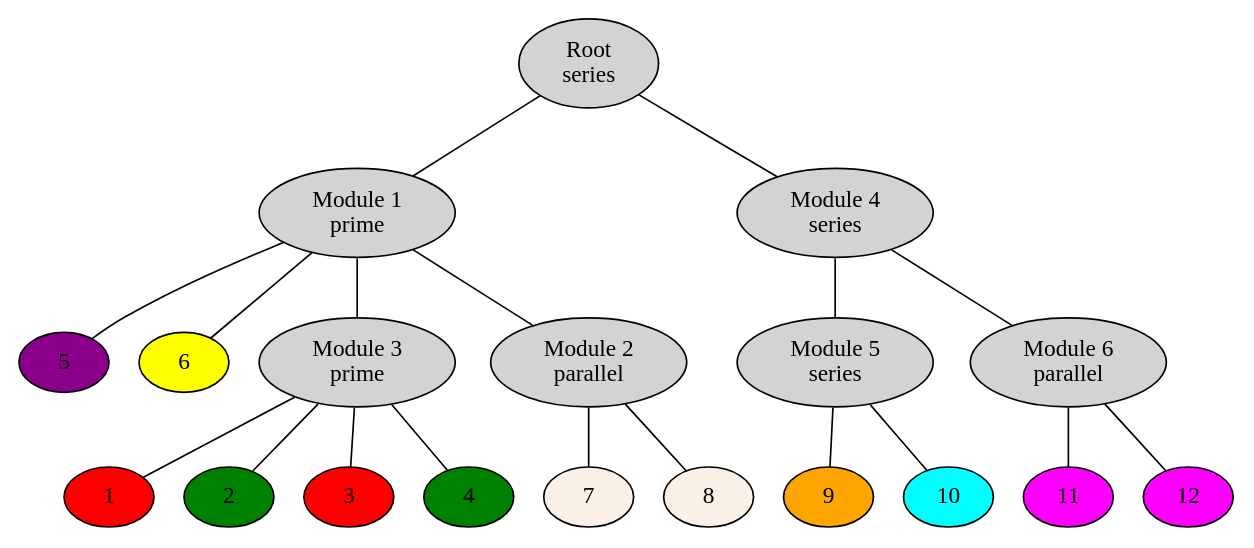
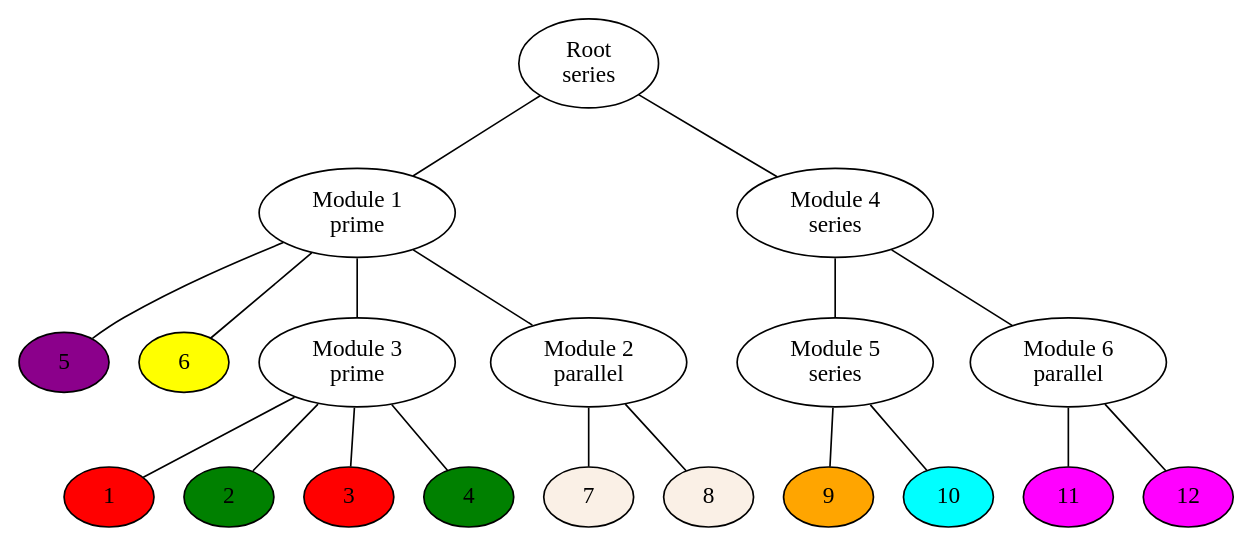
One commit to MrBoboGet/BachelorThesis changed the diagram in Paper/Strategies6.dot. Above: the diagram before and after it, drawn with Graphviz. The commit also changed 9 other files, not shown here.

```diff
--- a/Paper/Strategies6.dot
+++ b/Paper/Strategies6.dot
@@ -1,38 +1,39 @@
 graph
 {
     node [style="filled"]
+    node [fillcolor="white"]
     "Module 1" -- {5 6}
     "Module 1" -- {"Module 3" "Module 2"}
     "Module 2" -- {7 8}
     "Module 3" -- {1 2 3 4}
 
     "Root" -- "Module 1"
     "Root" -- "Module 4"
     "Module 4" -- {"Module 5" "Module 6"}
     "Module 5" -- {9 10}
     "Module 6" -- {11 12}
     {rank="source"; "Root"}
 
 
     "Module 1" [label="\N\nprime"]
     "Module 2" [label="\N\nparallel"]
     "Module 3" [label="\N\nprime"]
     "Module 4" [label="\N\nseries"]
     "Module 5" [label="\N\nseries"]
     "Module 6" [label="\N\nparallel"]
     "Root" [label="\N\nseries"]
 
 
     1 [fillcolor="red"]
     2 [fillcolor="green"]
     3 [fillcolor="red"]
     4 [fillcolor="green"]
     5 [fillcolor="darkmagenta"]
     6 [fillcolor="yellow"]
     7 [fillcolor="linen"]
     8 [fillcolor="linen"]
     9 [fillcolor="orange"]
     10 [fillcolor="cyan"]
     11 [fillcolor="magenta"]
     12 [fillcolor="magenta"]
 }
```
